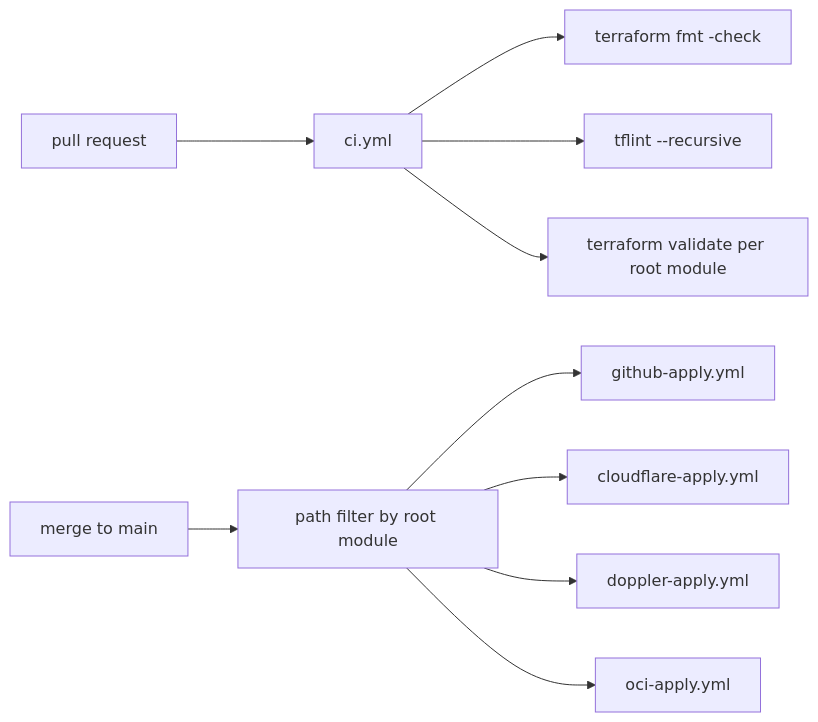
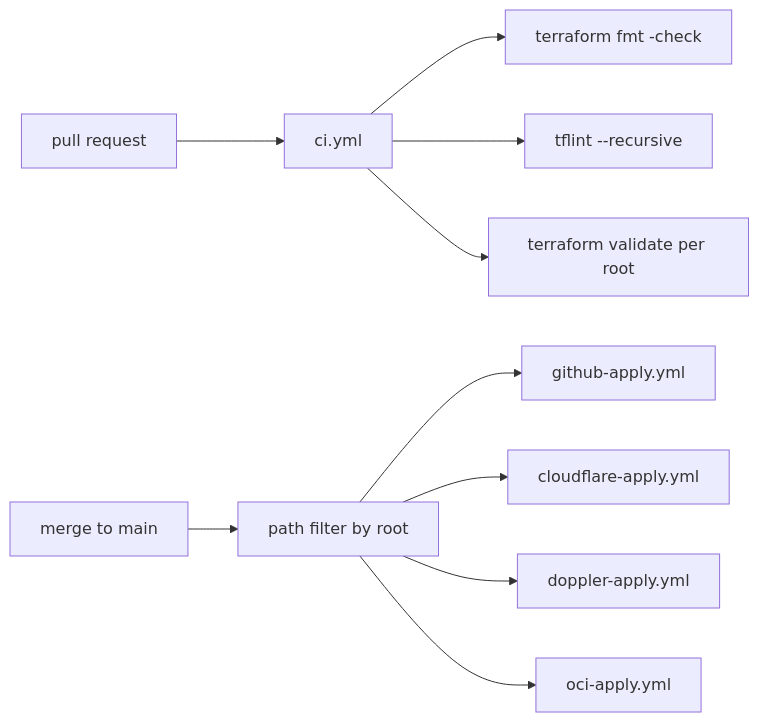
Before and after one commit to jae-labs/terraform: the second of 2 diagrams in docs/architecture.md, drawn with Mermaid. The commit also changed other lines of this file and 7 other files, not shown here.

````diff
--- a/docs/architecture.md
+++ b/docs/architecture.md
@@ -48,12 +48,12 @@
 ```mermaid
 flowchart LR
     PR["pull request"] --> CI["ci.yml"]
     CI --> FMT["terraform fmt -check"]
     CI --> LINT["tflint --recursive"]
-    CI --> VALIDATE["terraform validate per root module"]
-    MERGE["merge to main"] --> PATH["path filter by root module"]
+    CI --> VALIDATE["terraform validate per root"]
+    MERGE["merge to main"] --> PATH["path filter by root"]
     PATH --> GHAPPLY["github-apply.yml"]
     PATH --> CFAPPLY["cloudflare-apply.yml"]
     PATH --> DPAPPLY["doppler-apply.yml"]
     PATH --> OCIAPPLY["oci-apply.yml"]
 ```
````
